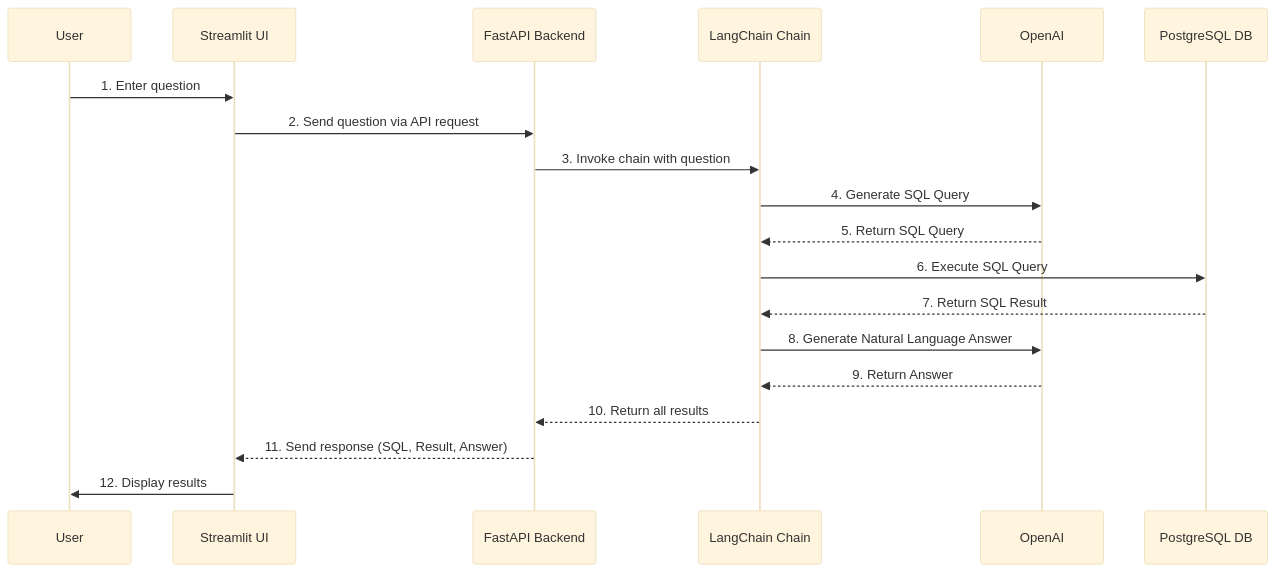
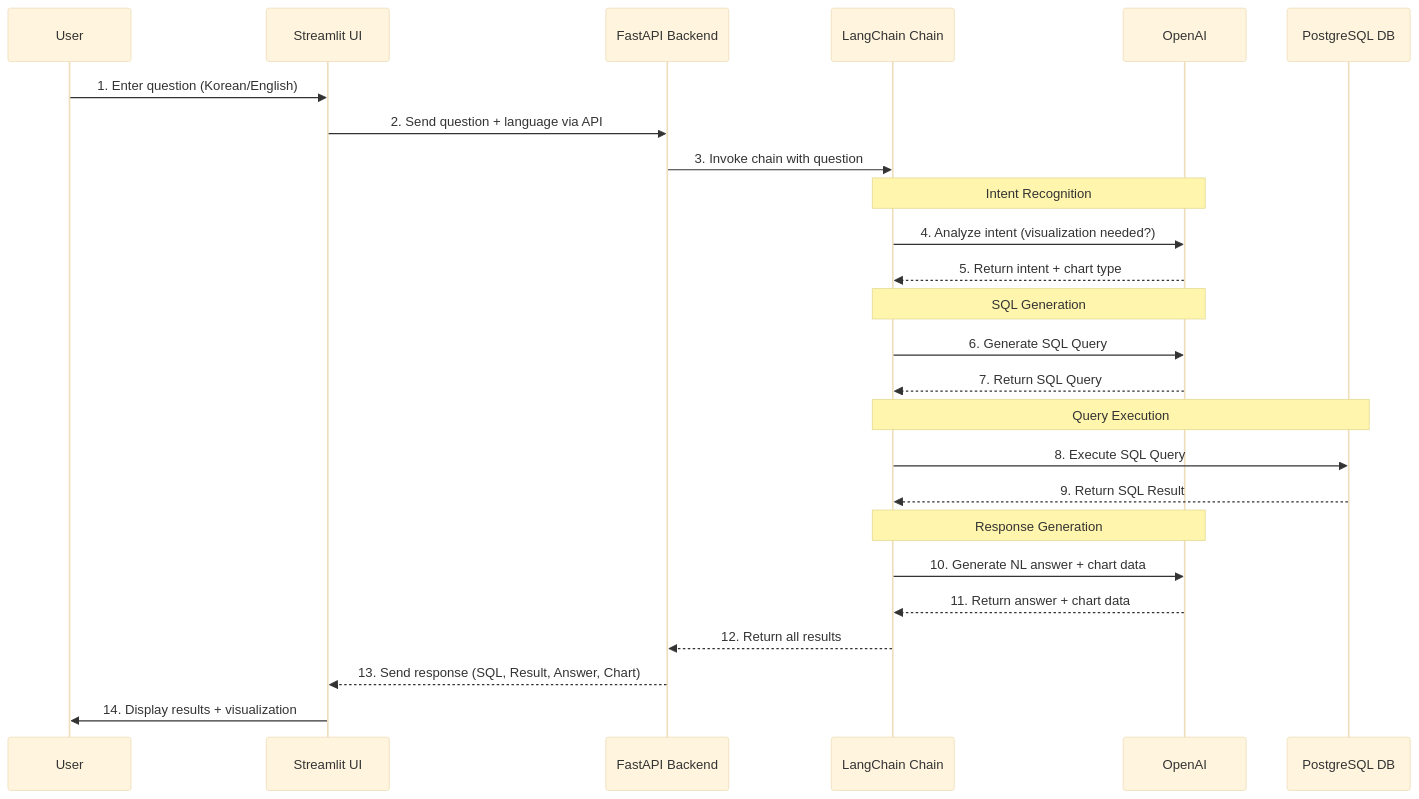
Before and after one commit to myang0413/mungyu_version_query_vending_machine: the diagram in README.md, drawn with Mermaid (base theme). The commit also changed other lines of this file and 4 other files, not shown here.

````diff
--- a/README.md
+++ b/README.md
@@ -15,22 +18,33 @@
 ```mermaid
 sequenceDiagram
     participant User
     participant Streamlit UI
     participant FastAPI Backend
     participant LangChain Chain
     participant OpenAI
     participant PostgreSQL DB
 
-    User->>Streamlit UI: 1. Enter question
-    Streamlit UI->>FastAPI Backend: 2. Send question via API request
+    User->>Streamlit UI: 1. Enter question (Korean/English)
+    Streamlit UI->>FastAPI Backend: 2. Send question + language via API
     FastAPI Backend->>LangChain Chain: 3. Invoke chain with question
-    LangChain Chain->>OpenAI: 4. Generate SQL Query
-    OpenAI-->>LangChain Chain: 5. Return SQL Query
-    LangChain Chain->>PostgreSQL DB: 6. Execute SQL Query
-    PostgreSQL DB-->>LangChain Chain: 7. Return SQL Result
-    LangChain Chain->>OpenAI: 8. Generate Natural Language Answer
-    OpenAI-->>LangChain Chain: 9. Return Answer
-    LangChain Chain-->>FastAPI Backend: 10. Return all results
-    FastAPI Backend-->>Streamlit UI: 11. Send response (SQL, Result, Answer)
-    Streamlit UI->>User: 12. Display results
+    
+    Note over LangChain Chain,OpenAI: Intent Recognition
+    LangChain Chain->>OpenAI: 4. Analyze intent (visualization needed?)
+    OpenAI-->>LangChain Chain: 5. Return intent + chart type
+    
+    Note over LangChain Chain,OpenAI: SQL Generation
+    LangChain Chain->>OpenAI: 6. Generate SQL Query
+    OpenAI-->>LangChain Chain: 7. Return SQL Query
+    
+    Note over LangChain Chain,PostgreSQL DB: Query Execution
+    LangChain Chain->>PostgreSQL DB: 8. Execute SQL Query
+    PostgreSQL DB-->>LangChain Chain: 9. Return SQL Result
+    
+    Note over LangChain Chain,OpenAI: Response Generation
+    LangChain Chain->>OpenAI: 10. Generate NL answer + chart data
+    OpenAI-->>LangChain Chain: 11. Return answer + chart data
+    
+    LangChain Chain-->>FastAPI Backend: 12. Return all results
+    FastAPI Backend-->>Streamlit UI: 13. Send response (SQL, Result, Answer, Chart)
+    Streamlit UI->>User: 14. Display results + visualization
 ```
````
